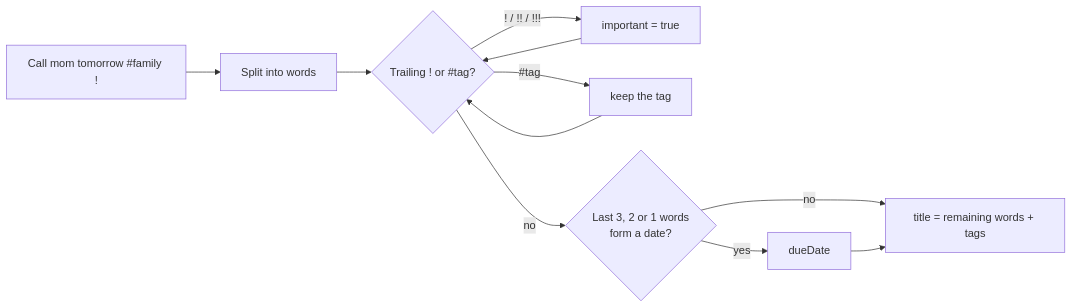
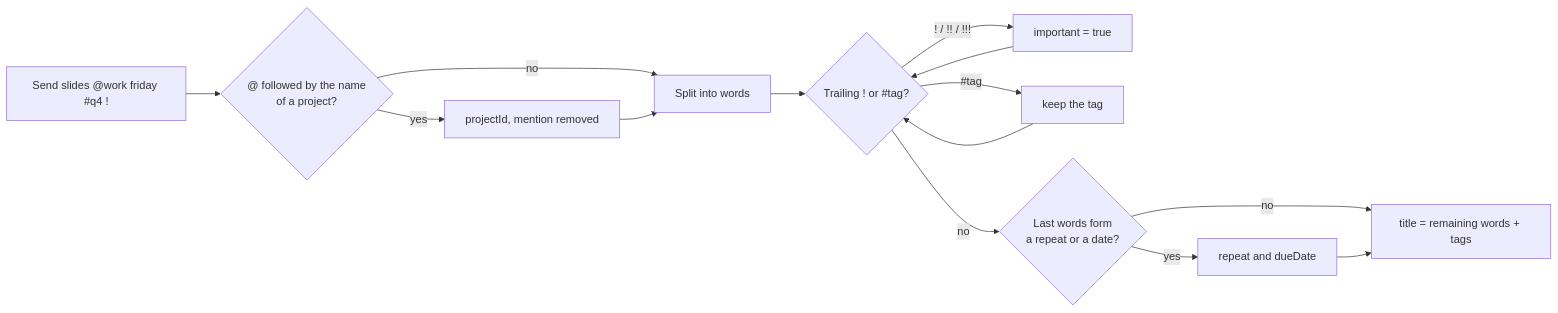
The seventh of 10 diagrams in docs/architecture.md (sacrificed666/react-todo-app), drawn with Mermaid before and after one commit. The commit also changed other lines of this file and 173 other files, not shown here.

````diff
--- a/docs/architecture.md
+++ b/docs/architecture.md
@@ -256,13 +296,16 @@
 ```mermaid
 flowchart LR
-  Input["Call mom tomorrow #family !"] --> Tokens[Split into words]
+  Input["Send slides @work friday #q4 !"] --> Mention{"@ followed by the name<br/>of a project?"}
+  Mention -- yes --> Project[projectId, mention removed]
+  Mention -- no --> Tokens
+  Project --> Tokens[Split into words]
   Tokens --> Trailing{"Trailing ! or #tag?"}
   Trailing -- "! / !! / !!!" --> Important[important = true]
   Trailing -- "#tag" --> Tags[keep the tag]
-  Trailing -- no --> Date{"Last 3, 2 or 1 words<br/>form a date?"}
+  Trailing -- no --> Phrase{"Last words form<br/>a repeat or a date?"}
   Important --> Trailing
   Tags --> Trailing
-  Date -- yes --> Due[dueDate]
-  Date -- no --> Title
+  Phrase -- yes --> Due[repeat and dueDate]
+  Phrase -- no --> Title
   Due --> Title["title = remaining words + tags"]
 ```
````
